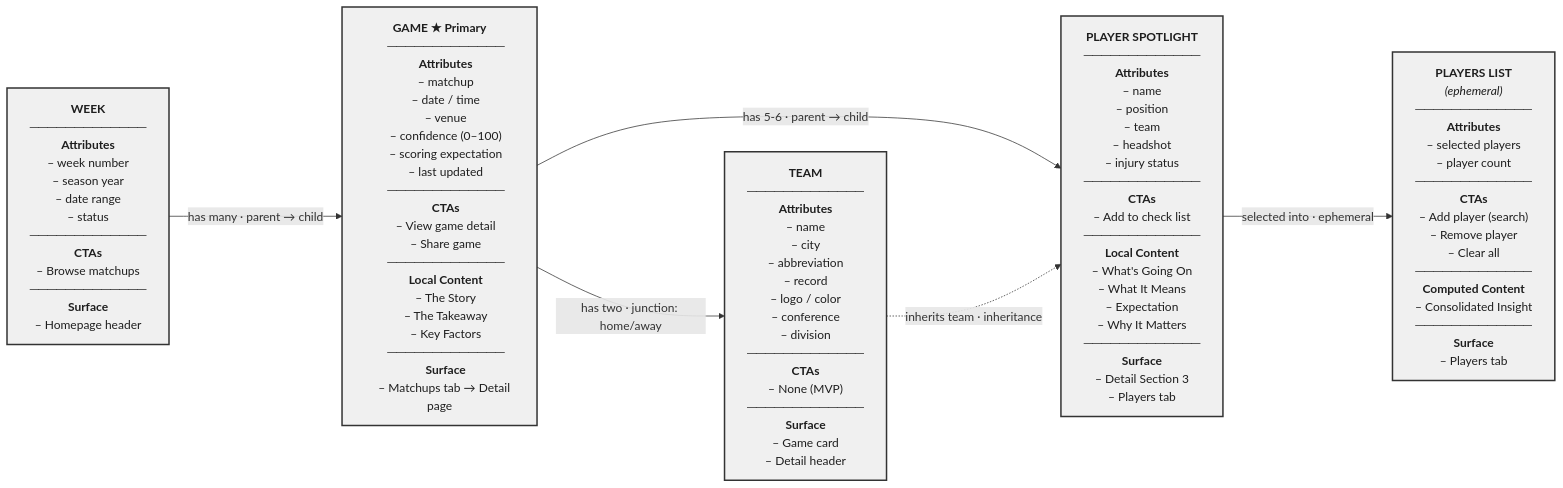
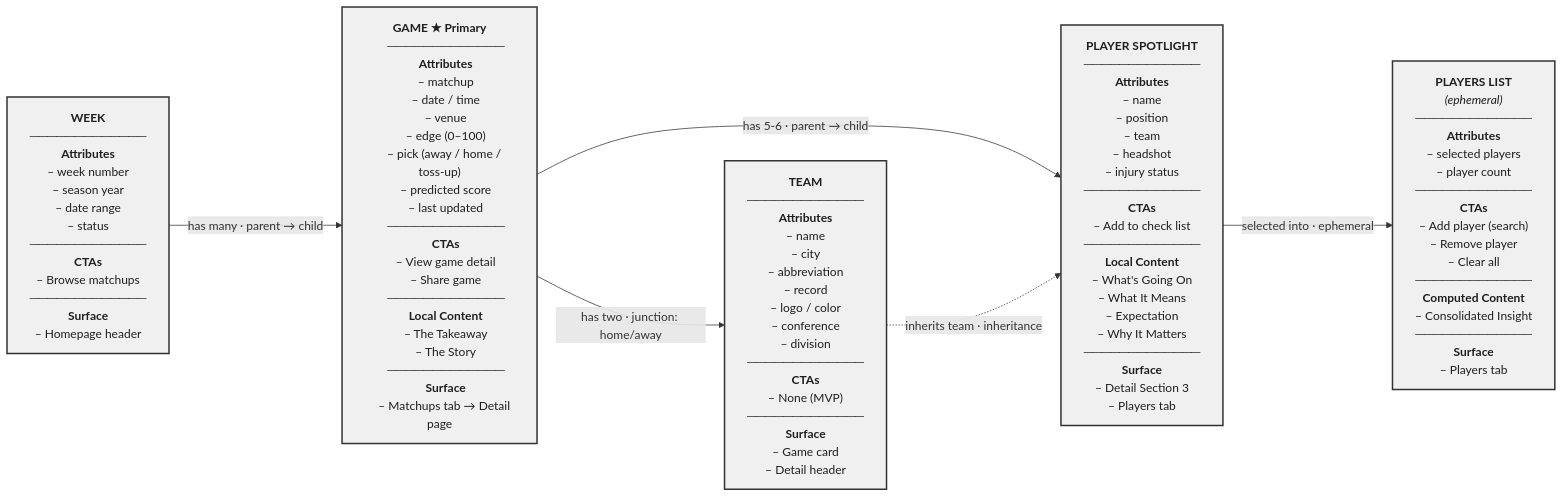
One commit to hdesign-svg/before-you-bet changed the diagram in design/object-model/object_model_diagram.md. Above: the diagram before and after it, drawn with Mermaid. The commit also changed 2 other files, not shown here.

Commit message:
feat: team-color sidebar matchup, gradient edge meter, scoreboard, and game pace
- Move team matchup to left sidebar with team brand color backgrounds
- Edge meter now uses team-color gradients with center needle divider
- Predicted score displayed as mini scoreboard with gradient winner highlight
- Add game pace (total projected points) as new signal
- Labels above each signal component for consistent horizontal rhythm
- Update object model diagram to reflect edge/pick/predictedScore fields

```diff
--- a/design/object-model/object_model_diagram.md
+++ b/design/object-model/object_model_diagram.md
@@ -22,8 +22,9 @@
     – matchup
     – date / time
     – venue
-    – confidence (0–100)
-    – scoring expectation
+    – edge (0–100)
+    – pick (away / home / toss-up)
+    – predicted score
     – last updated
     ─────────────
     <b>CTAs</b>
@@ -31,9 +32,8 @@
     – Share game
     ─────────────
     <b>Local Content</b>
+    – The Takeaway
     – The Story
-    – The Takeaway
-    – Key Factors
     ─────────────
     <b>Surface</b>
     – Matchups tab → Detail page"]
```
